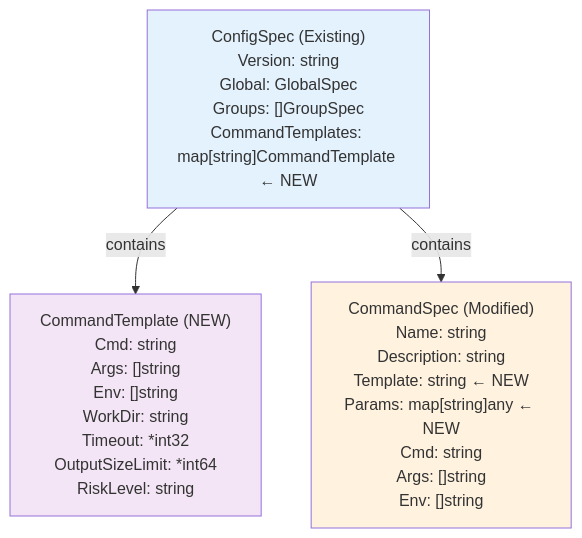
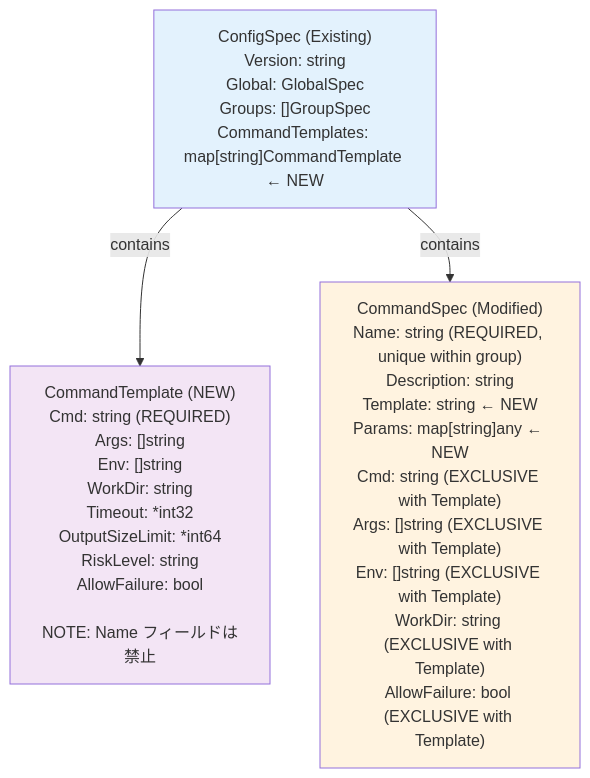
One commit to isseis/go-safe-cmd-runner changed the sixth of 11 diagrams in docs/tasks/0062_command_templates/02_architecture.md. Above: the diagram before and after it, drawn with Mermaid. The commit also changed other lines of this file and 2 other files, not shown here.

First line of the commit message:
docs(tasks): enhance command template spec and validations

````diff
--- a/docs/tasks/0062_command_templates/02_architecture.md
+++ b/docs/tasks/0062_command_templates/02_architecture.md
@@ -151,13 +151,13 @@
 ```mermaid
 graph TD
     A["ConfigSpec (Existing)<br/>Version: string<br/>Global: GlobalSpec<br/>Groups: []GroupSpec<br/>CommandTemplates: map[string]CommandTemplate ← NEW"]
-    B["CommandTemplate (NEW)<br/>Cmd: string<br/>Args: []string<br/>Env: []string<br/>WorkDir: string<br/>Timeout: *int32<br/>OutputSizeLimit: *int64<br/>RiskLevel: string"]
-    C["CommandSpec (Modified)<br/>Name: string<br/>Description: string<br/>Template: string ← NEW<br/>Params: map[string]any ← NEW<br/>Cmd: string<br/>Args: []string<br/>Env: []string"]
+    B["CommandTemplate (NEW)<br/>Cmd: string (REQUIRED)<br/>Args: []string<br/>Env: []string<br/>WorkDir: string<br/>Timeout: *int32<br/>OutputSizeLimit: *int64<br/>RiskLevel: string<br/>AllowFailure: bool<br/><br/>NOTE: Name フィールドは禁止"]
+    C["CommandSpec (Modified)<br/>Name: string (REQUIRED, unique within group)<br/>Description: string<br/>Template: string ← NEW<br/>Params: map[string]any ← NEW<br/>Cmd: string (EXCLUSIVE with Template)<br/>Args: []string (EXCLUSIVE with Template)<br/>Env: []string (EXCLUSIVE with Template)<br/>WorkDir: string (EXCLUSIVE with Template)<br/>AllowFailure: bool (EXCLUSIVE with Template)"]
 
     A -->|contains| B
     A -->|contains| C
 
     style A fill:#e3f2fd
     style B fill:#f3e5f5
     style C fill:#fff3e0
 ```
````
